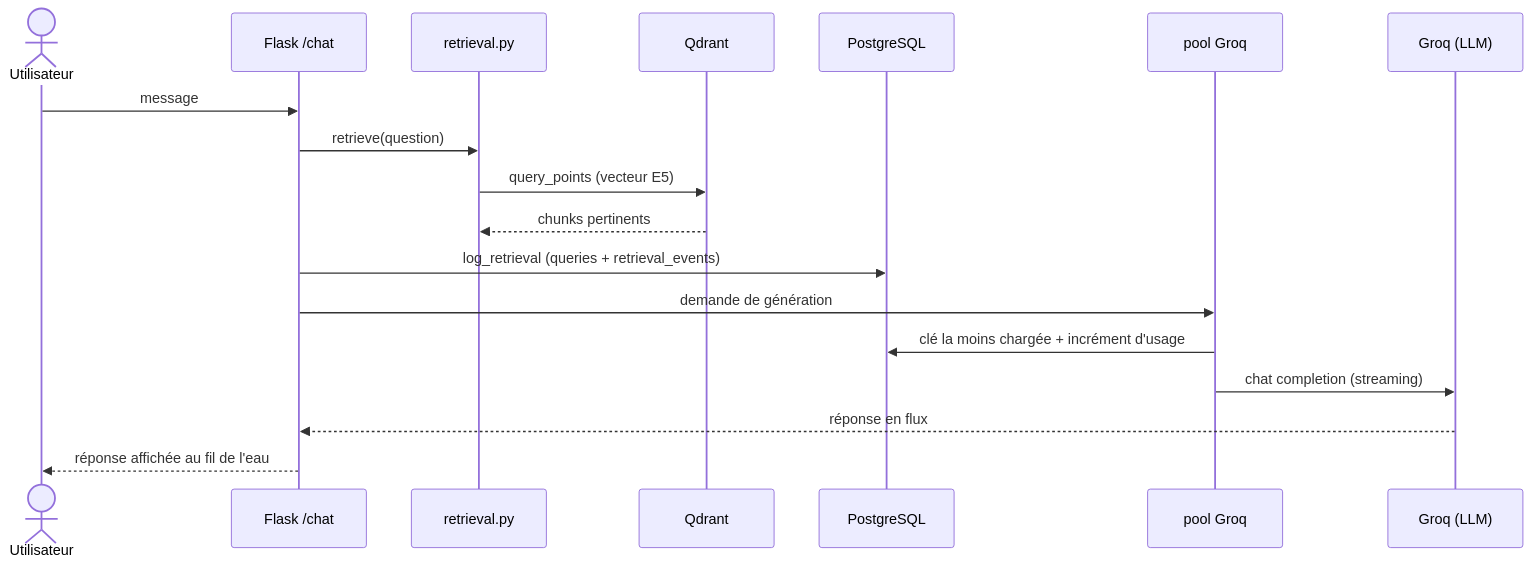
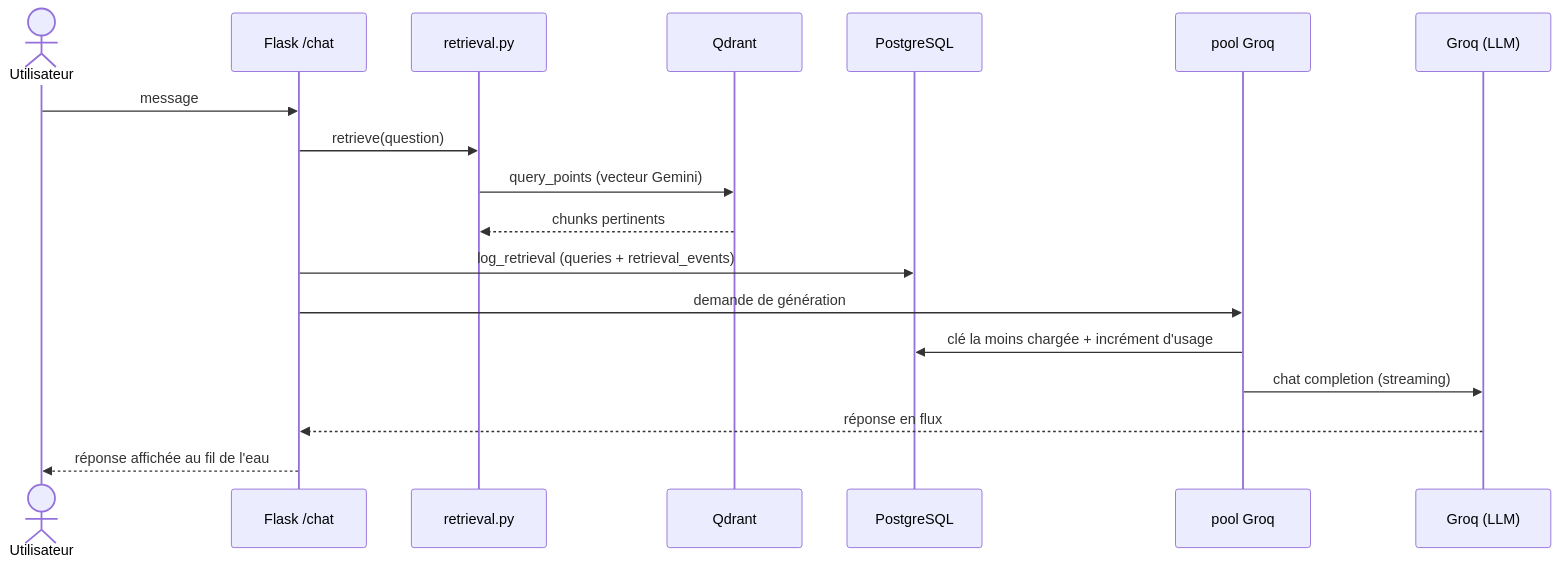
The second of 4 diagrams in docs/architecture.md (KioshiEagle/tngpt), drawn with Mermaid before and after one commit. The commit also changed other lines of this file and 7 other files, not shown here.

````diff
--- a/docs/architecture.md
+++ b/docs/architecture.md
@@ -89,21 +89,21 @@
 ```mermaid
 sequenceDiagram
     actor U as Utilisateur
     participant F as Flask /chat
     participant R as retrieval.py
     participant Q as Qdrant
     participant P as PostgreSQL
     participant G as pool Groq
     participant L as Groq (LLM)
 
     U->>F: message
     F->>R: retrieve(question)
-    R->>Q: query_points (vecteur E5)
+    R->>Q: query_points (vecteur Gemini)
     Q-->>R: chunks pertinents
     F->>P: log_retrieval (queries + retrieval_events)
     F->>G: demande de génération
     G->>P: clé la moins chargée + incrément d'usage
     G->>L: chat completion (streaming)
     L-->>F: réponse en flux
     F-->>U: réponse affichée au fil de l'eau
 ```
````
